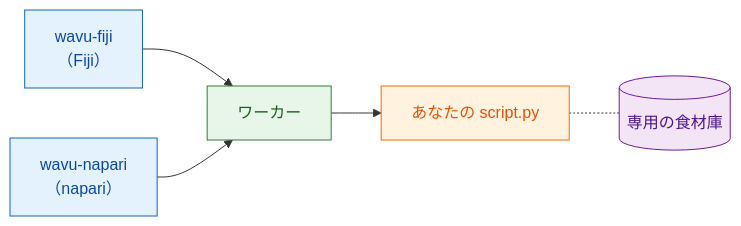
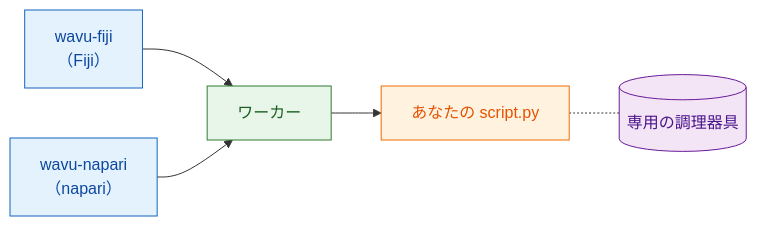
Before and after one commit to Oxford-Zeiss-Centre-of-Excellence/Wavu: the diagram in guide/model/what-is-wavu.ja.md, drawn with Mermaid. The commit also changed other lines of this file and 221 other files, not shown here.

````diff
--- a/guide/model/what-is-wavu.ja.md
+++ b/guide/model/what-is-wavu.ja.md
@@ -39,17 +40,17 @@
 ```mermaid
 flowchart LR
     F["wavu-fiji<br/>（Fiji）"]:::fiji
     N["wavu-napari<br/>（napari）"]:::fiji
     W["ワーカー"]:::worker
     S["あなたの script.py"]:::script
-    E[("専用の食材庫")]:::env
+    E[("専用の調理器具")]:::env
     F --> W
     N --> W
     W --> S
     S -.- E
 
     classDef fiji   fill:#e3f2fd,stroke:#1565c0,color:#0d47a1
     classDef worker fill:#e8f5e9,stroke:#2e7d32,color:#1b5e20
     classDef script fill:#fff3e0,stroke:#ef6c00,color:#e65100
     classDef env    fill:#f3e5f5,stroke:#6a1b9a,color:#4a148c
 ```
````
